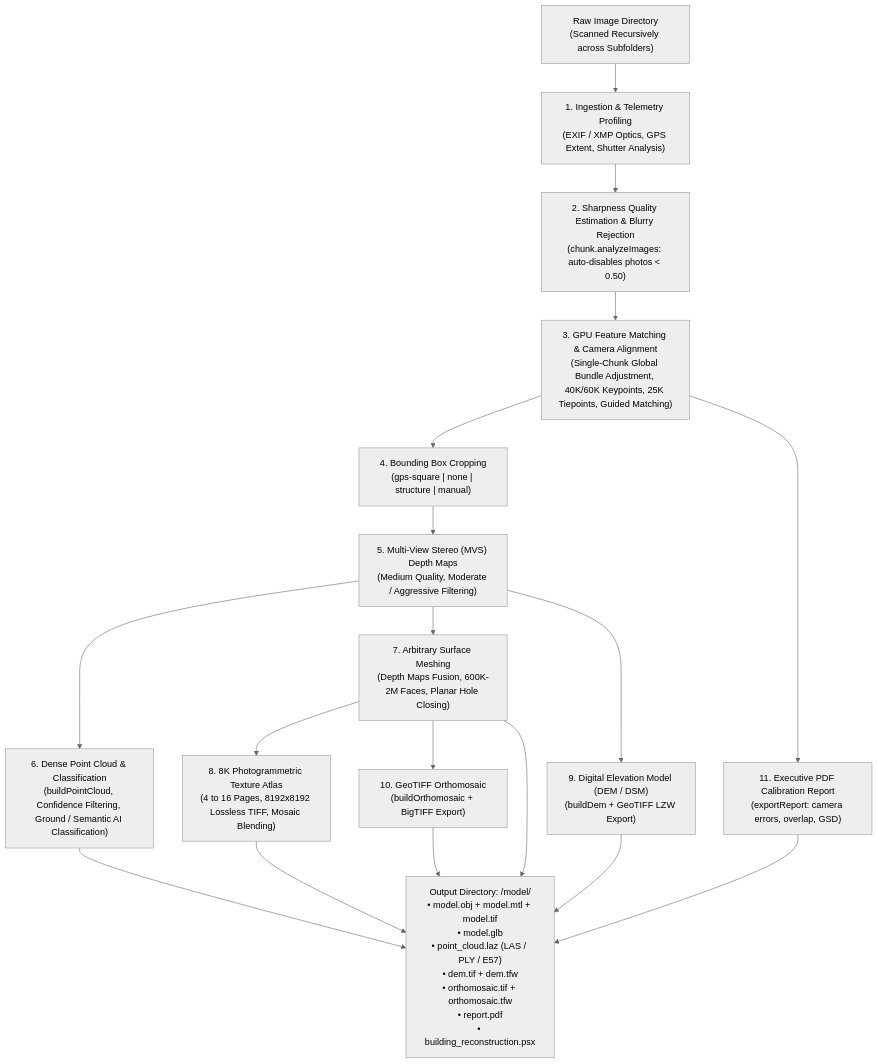
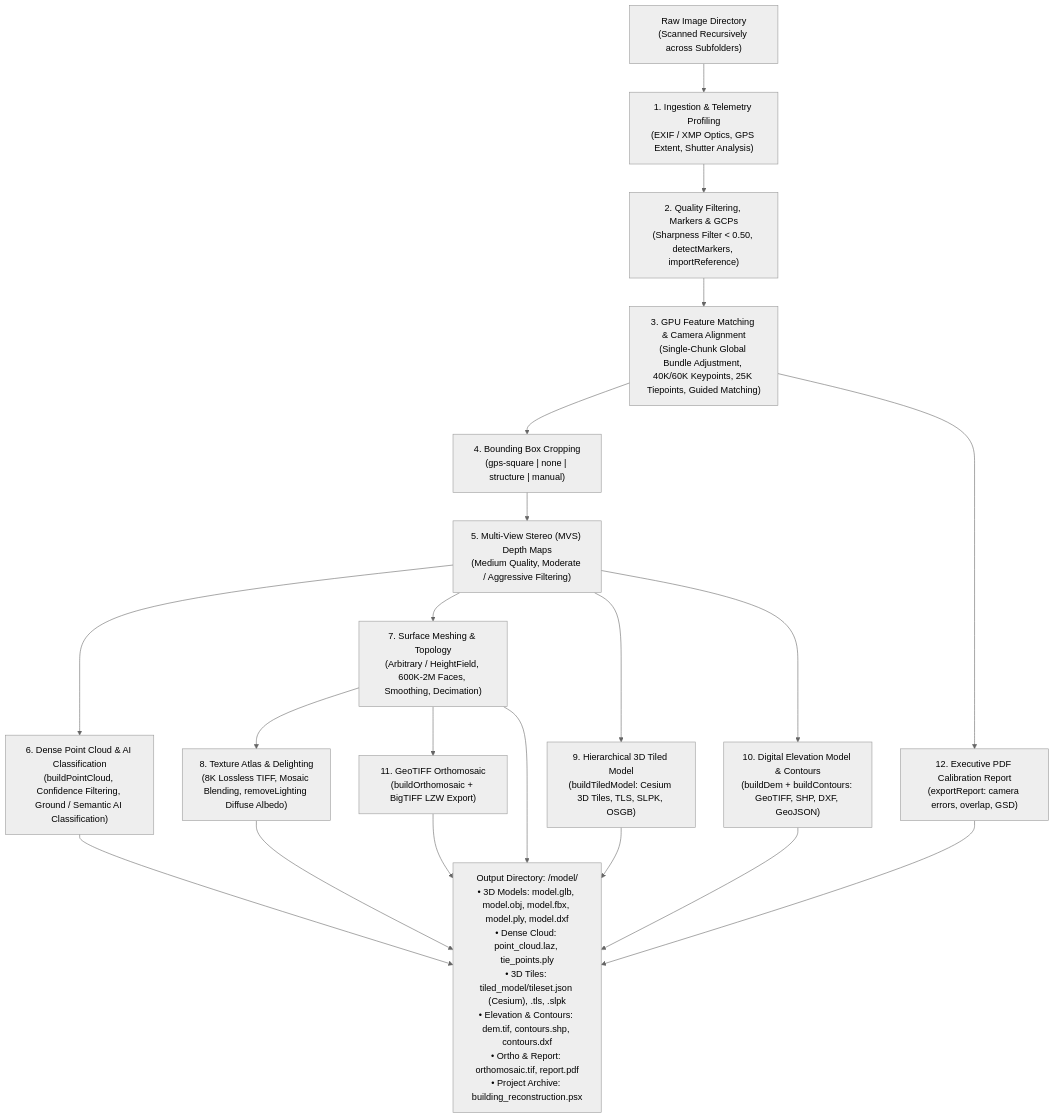
One commit to ngviettam82/AutoMetashape changed the diagram in README.md. Above: the diagram before and after it, drawn with Mermaid (neutral theme). The commit also changed other lines of this file and 7 other files, not shown here.

````diff
--- a/README.md
+++ b/README.md
@@ -140,20 +134,22 @@
 ```mermaid
 flowchart TD
     A["Raw Image Directory<br/>(Scanned Recursively across Subfolders)"] --> B["1. Ingestion & Telemetry Profiling<br/>(EXIF / XMP Optics, GPS Extent, Shutter Analysis)"]
-    B --> C["2. Sharpness Quality Estimation & Blurry Rejection<br/>(chunk.analyzeImages: auto-disables photos < 0.50)"]
+    B --> C["2. Quality Filtering, Markers & GCPs<br/>(Sharpness Filter < 0.50, detectMarkers, importReference)"]
     C --> D["3. GPU Feature Matching & Camera Alignment<br/>(Single-Chunk Global Bundle Adjustment, 40K/60K Keypoints, 25K Tiepoints, Guided Matching)"]
     D --> E["4. Bounding Box Cropping<br/>(gps-square | none | structure | manual)"]
     E --> F["5. Multi-View Stereo (MVS) Depth Maps<br/>(Medium Quality, Moderate / Aggressive Filtering)"]
-    F --> G["6. Dense Point Cloud & Classification<br/>(buildPointCloud, Confidence Filtering, Ground / Semantic AI Classification)"]
-    F --> H["7. Arbitrary Surface Meshing<br/>(Depth Maps Fusion, 600K-2M Faces, Planar Hole Closing)"]
-    H --> I["8. 8K Photogrammetric Texture Atlas<br/>(4 to 16 Pages, 8192x8192 Lossless TIFF, Mosaic Blending)"]
-    F --> J["9. Digital Elevation Model (DEM / DSM)<br/>(buildDem + GeoTIFF LZW Export)"]
-    H --> K["10. GeoTIFF Orthomosaic<br/>(buildOrthomosaic + BigTIFF Export)"]
-    D --> L["11. Executive PDF Calibration Report<br/>(exportReport: camera errors, overlap, GSD)"]
-    G --> M["Output Directory: <images_dir>/model/<br/>• model.obj + model.mtl + model.tif<br/>• model.glb<br/>• point_cloud.laz (LAS / PLY / E57)<br/>• dem.tif + dem.tfw<br/>• orthomosaic.tif + orthomosaic.tfw<br/>• report.pdf<br/>• building_reconstruction.psx"]
-    H --> M
-    I --> M
-    J --> M
-    K --> M
-    L --> M
+    F --> G["6. Dense Point Cloud & AI Classification<br/>(buildPointCloud, Confidence Filtering, Ground / Semantic AI Classification)"]
+    F --> H["7. Surface Meshing & Topology<br/>(Arbitrary / HeightField, 600K-2M Faces, Smoothing, Decimation)"]
+    H --> I["8. Texture Atlas & Delighting<br/>(8K Lossless TIFF, Mosaic Blending, removeLighting Diffuse Albedo)"]
+    F --> J["9. Hierarchical 3D Tiled Model<br/>(buildTiledModel: Cesium 3D Tiles, TLS, SLPK, OSGB)"]
+    F --> K["10. Digital Elevation Model & Contours<br/>(buildDem + buildContours: GeoTIFF, SHP, DXF, GeoJSON)"]
+    H --> L["11. GeoTIFF Orthomosaic<br/>(buildOrthomosaic + BigTIFF LZW Export)"]
+    D --> M["12. Executive PDF Calibration Report<br/>(exportReport: camera errors, overlap, GSD)"]
+    G --> N["Output Directory: <images_dir>/model/<br/>• 3D Models: model.glb, model.obj, model.fbx, model.ply, model.dxf<br/>• Dense Cloud: point_cloud.laz, tie_points.ply<br/>• 3D Tiles: tiled_model/tileset.json (Cesium), .tls, .slpk<br/>• Elevation & Contours: dem.tif, contours.shp, contours.dxf<br/>• Ortho & Report: orthomosaic.tif, report.pdf<br/>• Project Archive: building_reconstruction.psx"]
+    H --> N
+    I --> N
+    J --> N
+    K --> N
+    L --> N
+    M --> N
 ```
````
